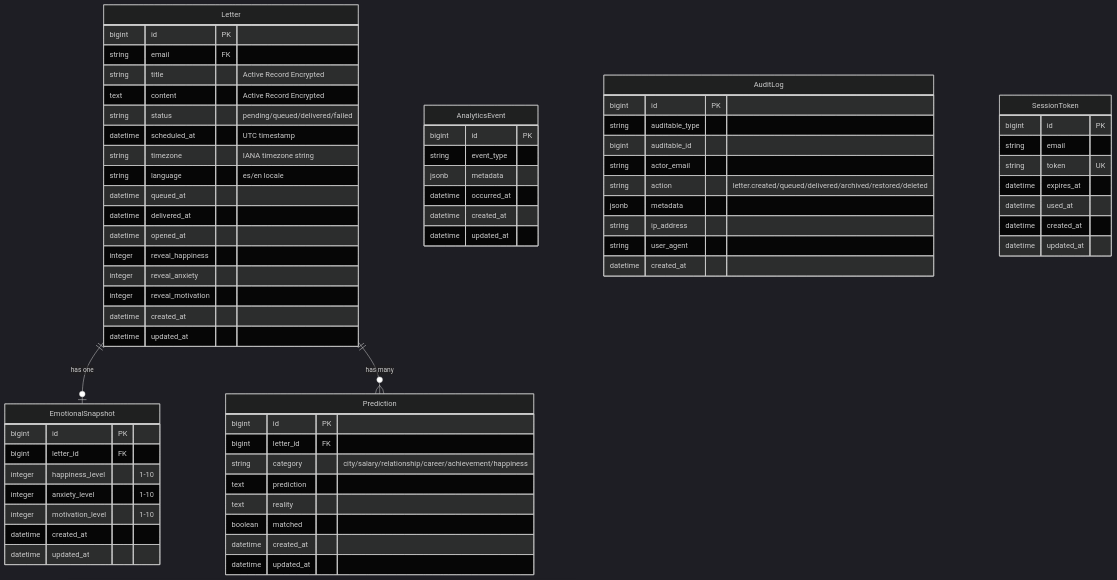
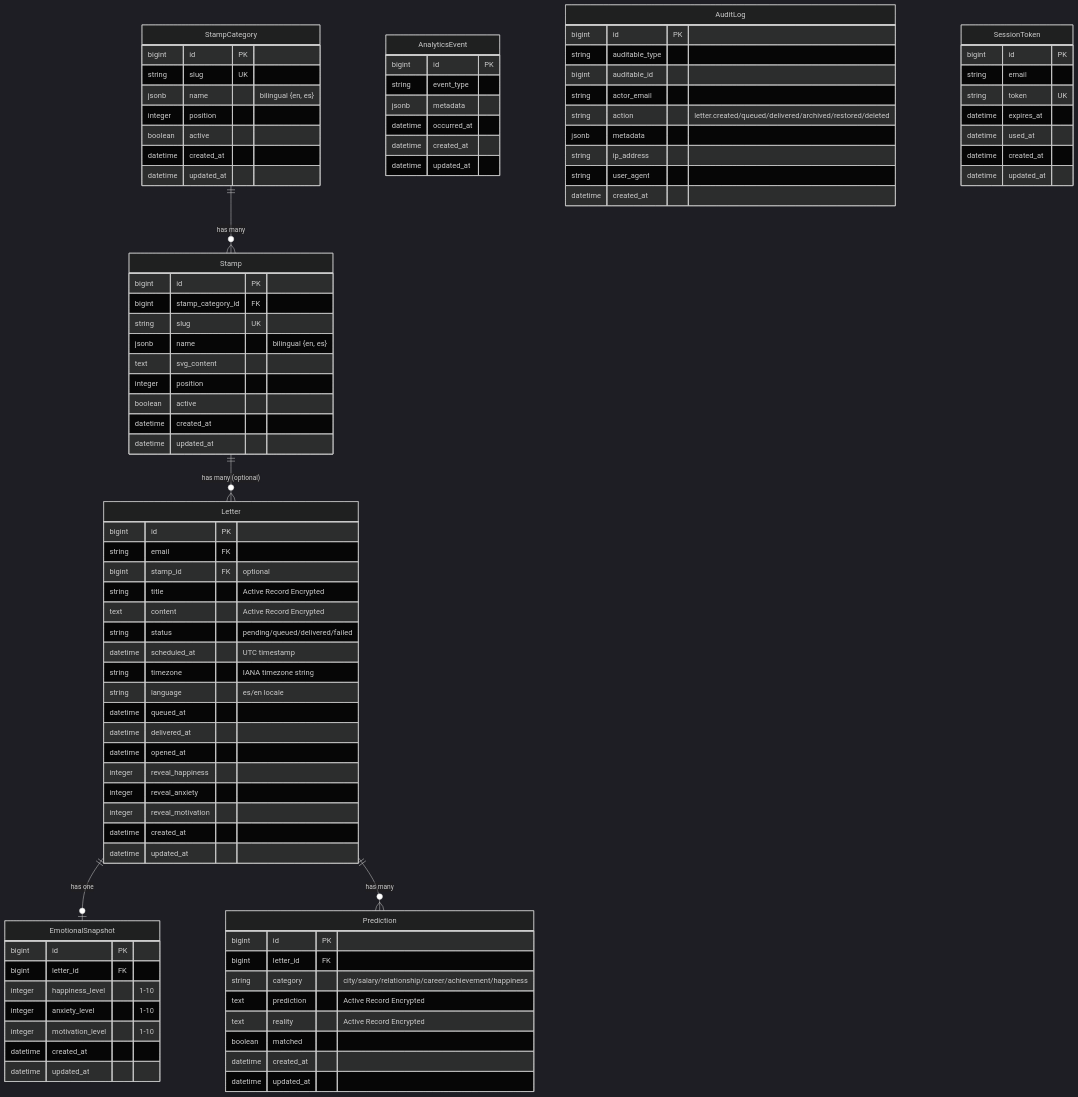
The third of 5 diagrams in docs/architecture.md (time-echo/time_echo), drawn with Mermaid (dark theme) before and after one commit. The commit also changed other lines of this file and 351 other files, not shown here.

````diff
--- a/docs/architecture.md
+++ b/docs/architecture.md
@@ -175,6 +177,7 @@
     Letter {
         bigint id PK
         string email FK
+        bigint stamp_id FK "optional"
         string title "Active Record Encrypted"
         text content "Active Record Encrypted"
         string status "pending/queued/delivered/failed"
@@ -191,12 +194,34 @@
         datetime updated_at
     }
 
+    StampCategory {
+        bigint id PK
+        string slug UK
+        jsonb name "bilingual {en, es}"
+        integer position
+        boolean active
+        datetime created_at
+        datetime updated_at
+    }
+
+    Stamp {
+        bigint id PK
+        bigint stamp_category_id FK
+        string slug UK
+        jsonb name "bilingual {en, es}"
+        text svg_content
+        integer position
+        boolean active
+        datetime created_at
+        datetime updated_at
+    }
+
     Prediction {
         bigint id PK
         bigint letter_id FK
         string category "city/salary/relationship/career/achievement/happiness"
-        text prediction
-        text reality
+        text prediction "Active Record Encrypted"
+        text reality "Active Record Encrypted"
         boolean matched
         datetime created_at
         datetime updated_at
@@ -245,4 +270,6 @@
 
     Letter ||--o| EmotionalSnapshot : "has one"
     Letter ||--o{ Prediction : "has many"
+    StampCategory ||--o{ Stamp : "has many"
+    Stamp ||--o{ Letter : "has many (optional)"
 ```
````
